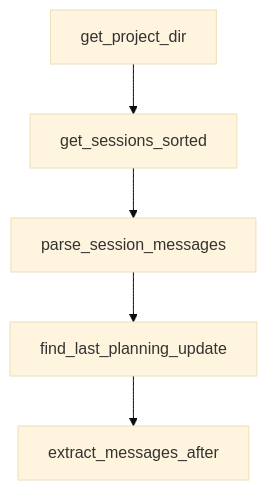
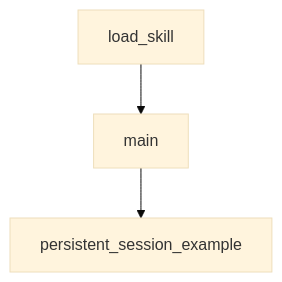
One commit to johnxie/awesome-code-docs changed the diagram in tutorials/planning-with-files-tutorial/04-commands-hooks-and-workflow-orchestration.md. Above: the diagram before and after it, drawn with Mermaid (base theme). The commit also changed other lines of this file and 1232 other files, not shown here.

````diff
--- a/tutorials/planning-with-files-tutorial/04-commands-hooks-and-workflow-orchestration.md
+++ b/tutorials/planning-with-files-tutorial/04-commands-hooks-and-workflow-orchestration.md
@@ -218,12 +175,8 @@
 ```mermaid
 flowchart TD
-    A[get_project_dir]
-    B[get_sessions_sorted]
-    C[parse_session_messages]
-    D[find_last_planning_update]
-    E[extract_messages_after]
+    A[load_skill]
+    B[main]
+    C[persistent_session_example]
     A --> B
     B --> C
-    C --> D
-    D --> E
 ```
````
